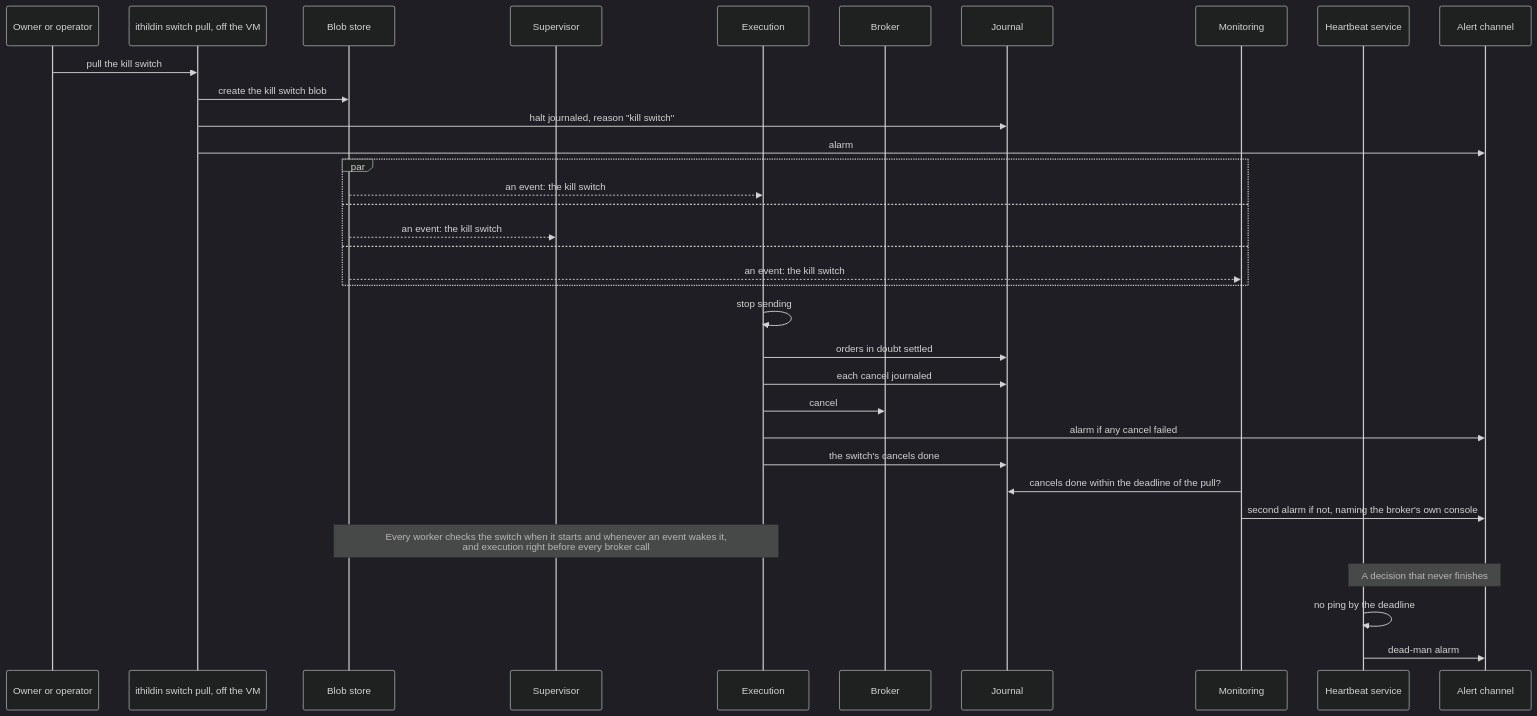
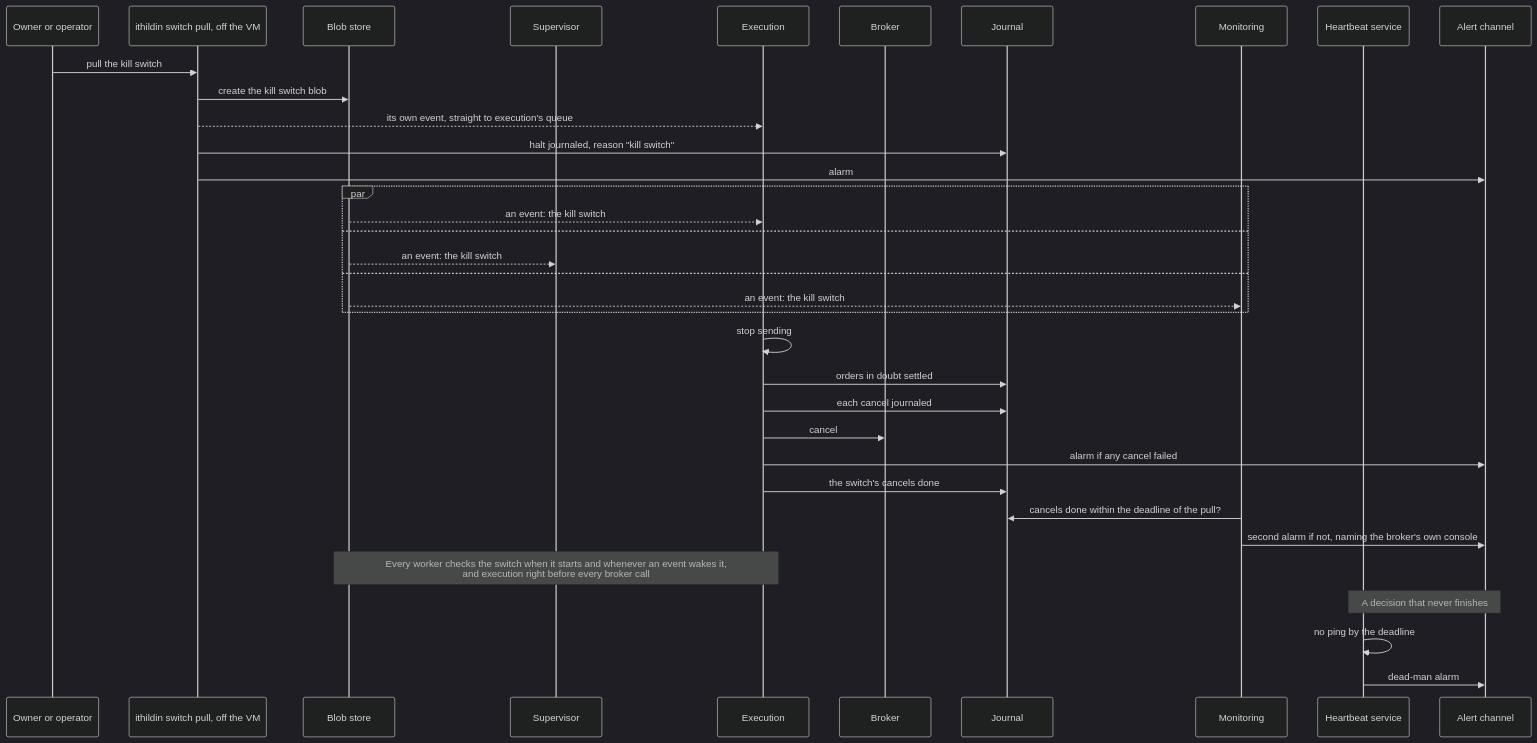
Before and after one commit to l3a0/ithildin-runtime: the ninth of 16 diagrams in docs/architecture.md, drawn with Mermaid (dark theme). The commit also changed other lines of this file and 2 other files, not shown here.

First line of the commit message:
docs(design): close the gaps six lenses found in the change-event design

````diff
--- a/docs/architecture.md
+++ b/docs/architecture.md
@@ -841,38 +842,40 @@
 ```mermaid
 sequenceDiagram
     participant P as Owner or operator
     participant K as ithildin switch pull, off the VM
     participant F as Blob store
     participant V as Supervisor
     participant X as Execution
     participant B as Broker
     participant J as Journal
     participant M as Monitoring
     participant H as Heartbeat service
     participant A as Alert channel
 
     P->>K: pull the kill switch
-    K->>F: create the kill switch blob
+        K->>F: create the kill switch blob
+    K-->>X: its own event, straight to execution's queue
+
     K->>J: halt journaled, reason "kill switch"
     K->>A: alarm
     par
                 F-->>X: an event: the kill switch
     and
         F-->>V: an event: the kill switch
     and
         F-->>M: an event: the kill switch
     end
     X->>X: stop sending
     X->>J: orders in doubt settled
     X->>J: each cancel journaled
     X->>B: cancel
     X->>A: alarm if any cancel failed
     X->>J: the switch's cancels done
     M->>J: cancels done within the deadline of the pull?
     M->>A: second alarm if not, naming the broker's own console
     Note over F,X: Every worker checks the switch when it starts and whenever an event wakes it,<br/>and execution right before every broker call
 
     Note over H,A: A decision that never finishes
     H->>H: no ping by the deadline
     H->>A: dead-man alarm
 ```
````
